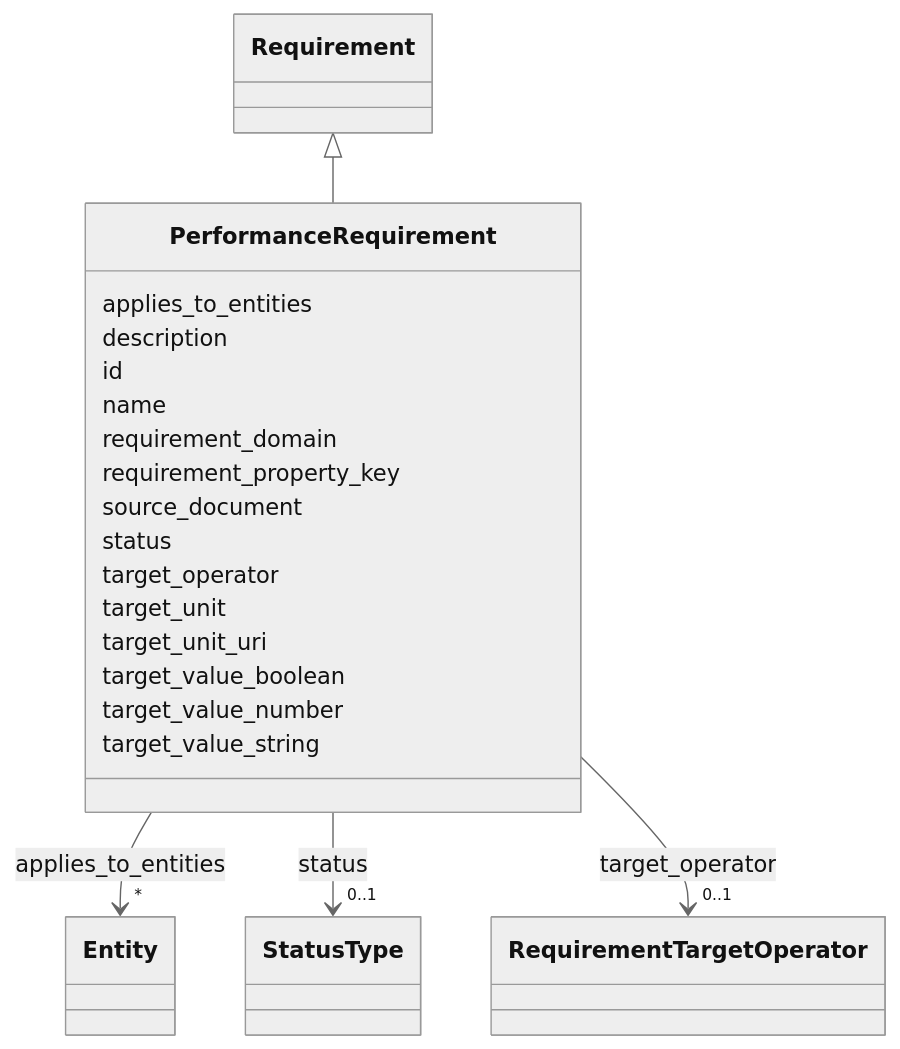
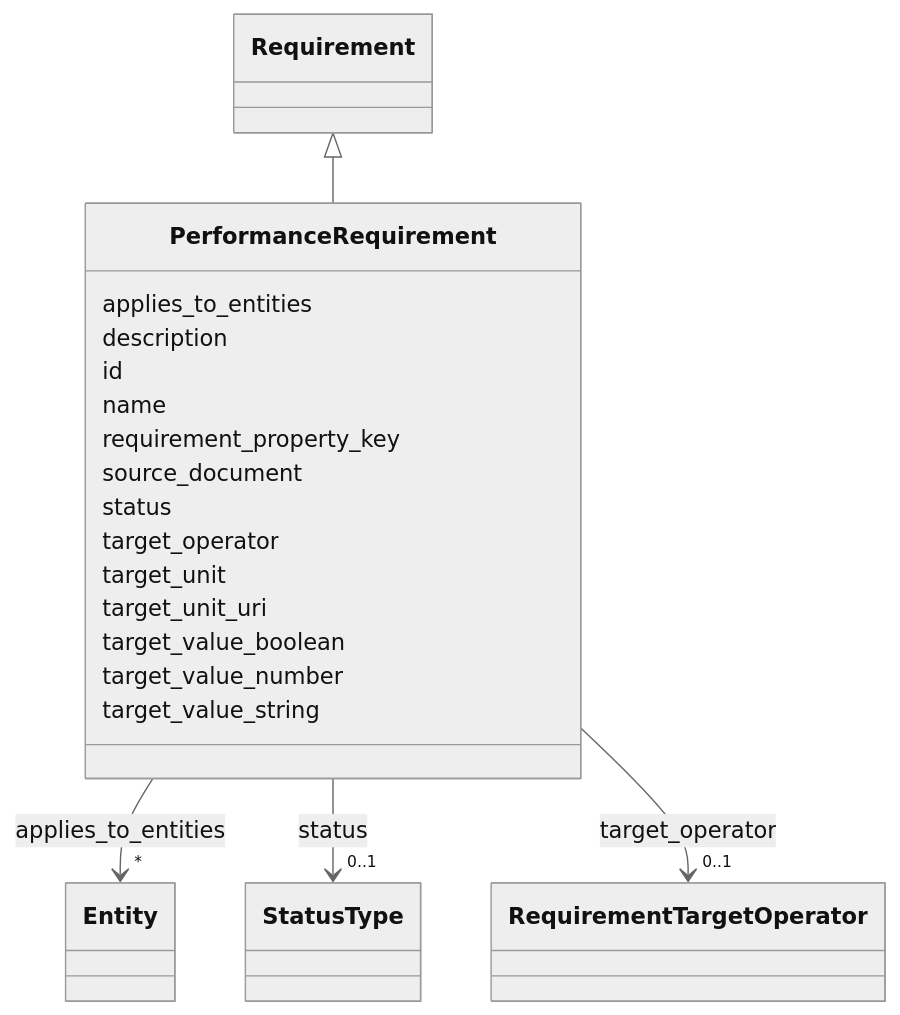
Before and after one commit to simondilhas/pragmatic-bim-data-contract: the diagram in latest/schema/PerformanceRequirement.md, drawn with Mermaid (neutral theme). The commit also changed other lines of this file and 2590 other files, not shown here.

````diff
--- a/latest/schema/PerformanceRequirement.md
+++ b/latest/schema/PerformanceRequirement.md
@@ -23,64 +23,26 @@
 ```mermaid
  classDiagram
     class PerformanceRequirement
-    click PerformanceRequirement href "../PerformanceRequirement/"
+    click PerformanceRequirement href "./PerformanceRequirement.html"
       Requirement <|-- PerformanceRequirement
-        click Requirement href "../Requirement/"
-      
+        click Requirement href "./Requirement.html"
       PerformanceRequirement : applies_to_entities
-        
-          
-    
-        
-        
         PerformanceRequirement --> "*" Entity : applies_to_entities
-        click Entity href "../Entity/"
-    
-
-        
+        click Entity href "./Entity.html"
       PerformanceRequirement : description
-        
       PerformanceRequirement : id
-        
       PerformanceRequirement : name
-        
-      PerformanceRequirement : requirement_domain
-        
       PerformanceRequirement : requirement_property_key
-        
       PerformanceRequirement : source_document
-        
       PerformanceRequirement : status
-        
-          
-    
-        
-        
         PerformanceRequirement --> "0..1" StatusType : status
-        click StatusType href "../StatusType/"
-    
-
-        
+        click StatusType href "./StatusType.html"
       PerformanceRequirement : target_operator
-        
-          
-    
-        
-        
         PerformanceRequirement --> "0..1" RequirementTargetOperator : target_operator
-        click RequirementTargetOperator href "../RequirementTargetOperator/"
-    
-
-        
+        click RequirementTargetOperator href "./RequirementTargetOperator.html"
       PerformanceRequirement : target_unit
-        
       PerformanceRequirement : target_unit_uri
-        
       PerformanceRequirement : target_value_boolean
-        
       PerformanceRequirement : target_value_number
-        
       PerformanceRequirement : target_value_string
-        
-      
 ```
````
